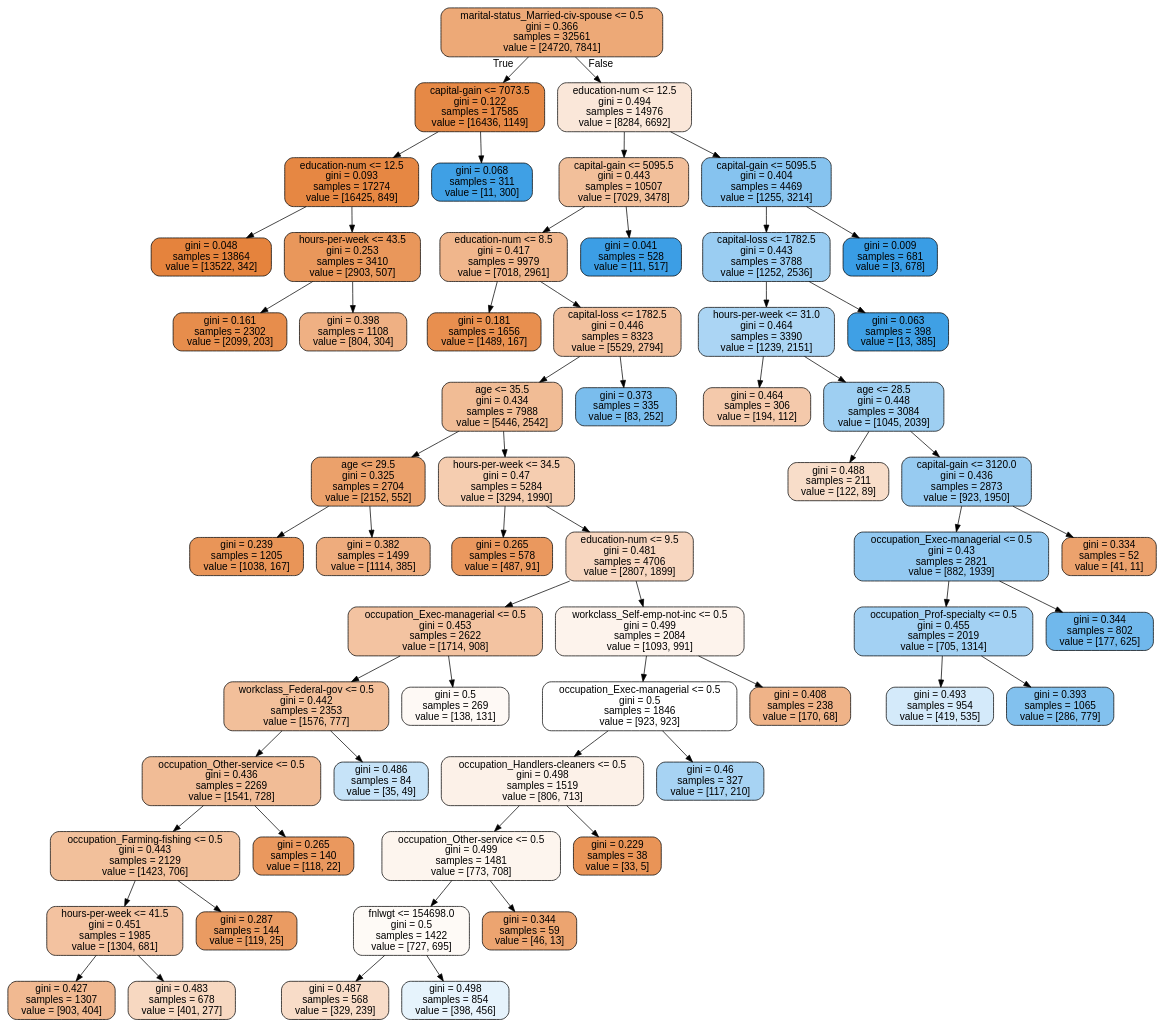
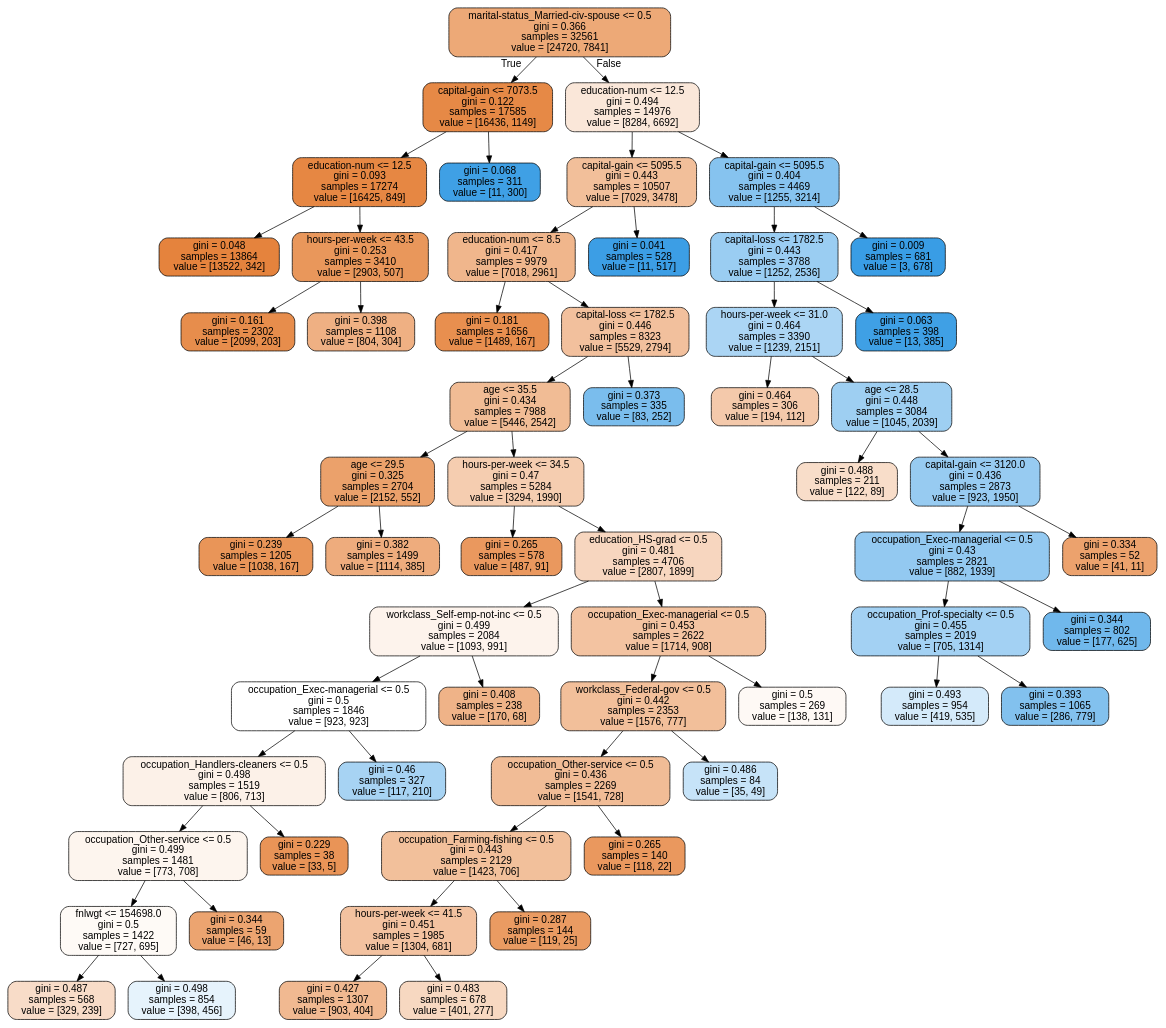
Before and after one commit to dsjmhjs/gatech-ml: the diagram in assignment1/tree1.dot, drawn with Graphviz. The commit also changed 28 other files, not shown here.

```diff
--- a/assignment1/tree1.dot
+++ b/assignment1/tree1.dot
@@ -1,121 +1,121 @@
 digraph Tree {
 node [shape=box, style="filled, rounded", color="black", fontname=helvetica] ;
 edge [fontname=helvetica] ;
 0 [label="marital-status_Married-civ-spouse <= 0.5\ngini = 0.366\nsamples = 32561\nvalue = [24720, 7841]", fillcolor="#e58139ae"] ;
 1 [label="capital-gain <= 7073.5\ngini = 0.122\nsamples = 17585\nvalue = [16436, 1149]", fillcolor="#e58139ed"] ;
 0 -> 1 [labeldistance=2.5, labelangle=45, headlabel="True"] ;
 2 [label="education-num <= 12.5\ngini = 0.093\nsamples = 17274\nvalue = [16425, 849]", fillcolor="#e58139f2"] ;
 1 -> 2 ;
 3 [label="gini = 0.048\nsamples = 13864\nvalue = [13522, 342]", fillcolor="#e58139f9"] ;
 2 -> 3 ;
-1128 [label="hours-per-week <= 43.5\ngini = 0.253\nsamples = 3410\nvalue = [2903, 507]", fillcolor="#e58139d2"] ;
-2 -> 1128 ;
-1129 [label="gini = 0.161\nsamples = 2302\nvalue = [2099, 203]", fillcolor="#e58139e6"] ;
-1128 -> 1129 ;
-1636 [label="gini = 0.398\nsamples = 1108\nvalue = [804, 304]", fillcolor="#e581399f"] ;
-1128 -> 1636 ;
-2157 [label="gini = 0.068\nsamples = 311\nvalue = [11, 300]", fillcolor="#399de5f6"] ;
-1 -> 2157 ;
-2176 [label="education-num <= 12.5\ngini = 0.494\nsamples = 14976\nvalue = [8284, 6692]", fillcolor="#e5813931"] ;
-0 -> 2176 [labeldistance=2.5, labelangle=-45, headlabel="False"] ;
-2177 [label="capital-gain <= 5095.5\ngini = 0.443\nsamples = 10507\nvalue = [7029, 3478]", fillcolor="#e5813981"] ;
-2176 -> 2177 ;
-2178 [label="education-num <= 8.5\ngini = 0.417\nsamples = 9979\nvalue = [7018, 2961]", fillcolor="#e5813993"] ;
-2177 -> 2178 ;
-2179 [label="gini = 0.181\nsamples = 1656\nvalue = [1489, 167]", fillcolor="#e58139e2"] ;
-2178 -> 2179 ;
-2642 [label="capital-loss <= 1782.5\ngini = 0.446\nsamples = 8323\nvalue = [5529, 2794]", fillcolor="#e581397e"] ;
-2178 -> 2642 ;
-2643 [label="age <= 35.5\ngini = 0.434\nsamples = 7988\nvalue = [5446, 2542]", fillcolor="#e5813988"] ;
-2642 -> 2643 ;
-2644 [label="age <= 29.5\ngini = 0.325\nsamples = 2704\nvalue = [2152, 552]", fillcolor="#e58139be"] ;
-2643 -> 2644 ;
-2645 [label="gini = 0.239\nsamples = 1205\nvalue = [1038, 167]", fillcolor="#e58139d6"] ;
-2644 -> 2645 ;
-3094 [label="gini = 0.382\nsamples = 1499\nvalue = [1114, 385]", fillcolor="#e58139a7"] ;
-2644 -> 3094 ;
-3929 [label="hours-per-week <= 34.5\ngini = 0.47\nsamples = 5284\nvalue = [3294, 1990]", fillcolor="#e5813965"] ;
-2643 -> 3929 ;
-3930 [label="gini = 0.265\nsamples = 578\nvalue = [487, 91]", fillcolor="#e58139cf"] ;
-3929 -> 3930 ;
-4157 [label="education-num <= 9.5\ngini = 0.481\nsamples = 4706\nvalue = [2807, 1899]", fillcolor="#e5813952"] ;
-3929 -> 4157 ;
-4158 [label="occupation_Exec-managerial <= 0.5\ngini = 0.453\nsamples = 2622\nvalue = [1714, 908]", fillcolor="#e5813978"] ;
-4157 -> 4158 ;
-4159 [label="workclass_Federal-gov <= 0.5\ngini = 0.442\nsamples = 2353\nvalue = [1576, 777]", fillcolor="#e5813981"] ;
-4158 -> 4159 ;
-4160 [label="occupation_Other-service <= 0.5\ngini = 0.436\nsamples = 2269\nvalue = [1541, 728]", fillcolor="#e5813987"] ;
-4159 -> 4160 ;
-4161 [label="occupation_Farming-fishing <= 0.5\ngini = 0.443\nsamples = 2129\nvalue = [1423, 706]", fillcolor="#e5813980"] ;
-4160 -> 4161 ;
-4162 [label="hours-per-week <= 41.5\ngini = 0.451\nsamples = 1985\nvalue = [1304, 681]", fillcolor="#e581397a"] ;
-4161 -> 4162 ;
-4163 [label="gini = 0.427\nsamples = 1307\nvalue = [903, 404]", fillcolor="#e581398d"] ;
-4162 -> 4163 ;
-5004 [label="gini = 0.483\nsamples = 678\nvalue = [401, 277]", fillcolor="#e581394f"] ;
-4162 -> 5004 ;
-5467 [label="gini = 0.287\nsamples = 144\nvalue = [119, 25]", fillcolor="#e58139c9"] ;
-4161 -> 5467 ;
-5538 [label="gini = 0.265\nsamples = 140\nvalue = [118, 22]", fillcolor="#e58139cf"] ;
-4160 -> 5538 ;
-5617 [label="gini = 0.486\nsamples = 84\nvalue = [35, 49]", fillcolor="#399de549"] ;
-4159 -> 5617 ;
-5680 [label="gini = 0.5\nsamples = 269\nvalue = [138, 131]", fillcolor="#e581390d"] ;
-4158 -> 5680 ;
-5879 [label="workclass_Self-emp-not-inc <= 0.5\ngini = 0.499\nsamples = 2084\nvalue = [1093, 991]", fillcolor="#e5813918"] ;
-4157 -> 5879 ;
-5880 [label="occupation_Exec-managerial <= 0.5\ngini = 0.5\nsamples = 1846\nvalue = [923, 923]", fillcolor="#e5813900"] ;
-5879 -> 5880 ;
-5881 [label="occupation_Handlers-cleaners <= 0.5\ngini = 0.498\nsamples = 1519\nvalue = [806, 713]", fillcolor="#e581391d"] ;
-5880 -> 5881 ;
-5882 [label="occupation_Other-service <= 0.5\ngini = 0.499\nsamples = 1481\nvalue = [773, 708]", fillcolor="#e5813915"] ;
-5881 -> 5882 ;
-5883 [label="fnlwgt <= 154698.0\ngini = 0.5\nsamples = 1422\nvalue = [727, 695]", fillcolor="#e581390b"] ;
-5882 -> 5883 ;
-5884 [label="gini = 0.487\nsamples = 568\nvalue = [329, 239]", fillcolor="#e5813946"] ;
-5883 -> 5884 ;
-6241 [label="gini = 0.498\nsamples = 854\nvalue = [398, 456]", fillcolor="#399de520"] ;
-5883 -> 6241 ;
-6816 [label="gini = 0.344\nsamples = 59\nvalue = [46, 13]", fillcolor="#e58139b7"] ;
-5882 -> 6816 ;
-6849 [label="gini = 0.229\nsamples = 38\nvalue = [33, 5]", fillcolor="#e58139d8"] ;
-5881 -> 6849 ;
-6866 [label="gini = 0.46\nsamples = 327\nvalue = [117, 210]", fillcolor="#399de571"] ;
-5880 -> 6866 ;
-7085 [label="gini = 0.408\nsamples = 238\nvalue = [170, 68]", fillcolor="#e5813999"] ;
-5879 -> 7085 ;
-7206 [label="gini = 0.373\nsamples = 335\nvalue = [83, 252]", fillcolor="#399de5ab"] ;
-2642 -> 7206 ;
-7265 [label="gini = 0.041\nsamples = 528\nvalue = [11, 517]", fillcolor="#399de5fa"] ;
-2177 -> 7265 ;
-7286 [label="capital-gain <= 5095.5\ngini = 0.404\nsamples = 4469\nvalue = [1255, 3214]", fillcolor="#399de59b"] ;
-2176 -> 7286 ;
-7287 [label="capital-loss <= 1782.5\ngini = 0.443\nsamples = 3788\nvalue = [1252, 2536]", fillcolor="#399de581"] ;
-7286 -> 7287 ;
-7288 [label="hours-per-week <= 31.0\ngini = 0.464\nsamples = 3390\nvalue = [1239, 2151]", fillcolor="#399de56c"] ;
-7287 -> 7288 ;
-7289 [label="gini = 0.464\nsamples = 306\nvalue = [194, 112]", fillcolor="#e581396c"] ;
-7288 -> 7289 ;
-7452 [label="age <= 28.5\ngini = 0.448\nsamples = 3084\nvalue = [1045, 2039]", fillcolor="#399de57c"] ;
-7288 -> 7452 ;
-7453 [label="gini = 0.488\nsamples = 211\nvalue = [122, 89]", fillcolor="#e5813945"] ;
-7452 -> 7453 ;
-7584 [label="capital-gain <= 3120.0\ngini = 0.436\nsamples = 2873\nvalue = [923, 1950]", fillcolor="#399de586"] ;
-7452 -> 7584 ;
-7585 [label="occupation_Exec-managerial <= 0.5\ngini = 0.43\nsamples = 2821\nvalue = [882, 1939]", fillcolor="#399de58b"] ;
-7584 -> 7585 ;
-7586 [label="occupation_Prof-specialty <= 0.5\ngini = 0.455\nsamples = 2019\nvalue = [705, 1314]", fillcolor="#399de576"] ;
-7585 -> 7586 ;
-7587 [label="gini = 0.493\nsamples = 954\nvalue = [419, 535]", fillcolor="#399de537"] ;
-7586 -> 7587 ;
-8208 [label="gini = 0.393\nsamples = 1065\nvalue = [286, 779]", fillcolor="#399de5a1"] ;
-7586 -> 8208 ;
-8823 [label="gini = 0.344\nsamples = 802\nvalue = [177, 625]", fillcolor="#399de5b7"] ;
-7585 -> 8823 ;
-9248 [label="gini = 0.334\nsamples = 52\nvalue = [41, 11]", fillcolor="#e58139bb"] ;
-7584 -> 9248 ;
-9257 [label="gini = 0.063\nsamples = 398\nvalue = [13, 385]", fillcolor="#399de5f6"] ;
-7287 -> 9257 ;
-9280 [label="gini = 0.009\nsamples = 681\nvalue = [3, 678]", fillcolor="#399de5fe"] ;
-7286 -> 9280 ;
+1132 [label="hours-per-week <= 43.5\ngini = 0.253\nsamples = 3410\nvalue = [2903, 507]", fillcolor="#e58139d2"] ;
+2 -> 1132 ;
+1133 [label="gini = 0.161\nsamples = 2302\nvalue = [2099, 203]", fillcolor="#e58139e6"] ;
+1132 -> 1133 ;
+1638 [label="gini = 0.398\nsamples = 1108\nvalue = [804, 304]", fillcolor="#e581399f"] ;
+1132 -> 1638 ;
+2165 [label="gini = 0.068\nsamples = 311\nvalue = [11, 300]", fillcolor="#399de5f6"] ;
+1 -> 2165 ;
+2184 [label="education-num <= 12.5\ngini = 0.494\nsamples = 14976\nvalue = [8284, 6692]", fillcolor="#e5813931"] ;
+0 -> 2184 [labeldistance=2.5, labelangle=-45, headlabel="False"] ;
+2185 [label="capital-gain <= 5095.5\ngini = 0.443\nsamples = 10507\nvalue = [7029, 3478]", fillcolor="#e5813981"] ;
+2184 -> 2185 ;
+2186 [label="education-num <= 8.5\ngini = 0.417\nsamples = 9979\nvalue = [7018, 2961]", fillcolor="#e5813993"] ;
+2185 -> 2186 ;
+2187 [label="gini = 0.181\nsamples = 1656\nvalue = [1489, 167]", fillcolor="#e58139e2"] ;
+2186 -> 2187 ;
+2658 [label="capital-loss <= 1782.5\ngini = 0.446\nsamples = 8323\nvalue = [5529, 2794]", fillcolor="#e581397e"] ;
+2186 -> 2658 ;
+2659 [label="age <= 35.5\ngini = 0.434\nsamples = 7988\nvalue = [5446, 2542]", fillcolor="#e5813988"] ;
+2658 -> 2659 ;
+2660 [label="age <= 29.5\ngini = 0.325\nsamples = 2704\nvalue = [2152, 552]", fillcolor="#e58139be"] ;
+2659 -> 2660 ;
+2661 [label="gini = 0.239\nsamples = 1205\nvalue = [1038, 167]", fillcolor="#e58139d6"] ;
+2660 -> 2661 ;
+3112 [label="gini = 0.382\nsamples = 1499\nvalue = [1114, 385]", fillcolor="#e58139a7"] ;
+2660 -> 3112 ;
+3949 [label="hours-per-week <= 34.5\ngini = 0.47\nsamples = 5284\nvalue = [3294, 1990]", fillcolor="#e5813965"] ;
+2659 -> 3949 ;
+3950 [label="gini = 0.265\nsamples = 578\nvalue = [487, 91]", fillcolor="#e58139cf"] ;
+3949 -> 3950 ;
+4177 [label="education_HS-grad <= 0.5\ngini = 0.481\nsamples = 4706\nvalue = [2807, 1899]", fillcolor="#e5813952"] ;
+3949 -> 4177 ;
+4178 [label="workclass_Self-emp-not-inc <= 0.5\ngini = 0.499\nsamples = 2084\nvalue = [1093, 991]", fillcolor="#e5813918"] ;
+4177 -> 4178 ;
+4179 [label="occupation_Exec-managerial <= 0.5\ngini = 0.5\nsamples = 1846\nvalue = [923, 923]", fillcolor="#e5813900"] ;
+4178 -> 4179 ;
+4180 [label="occupation_Handlers-cleaners <= 0.5\ngini = 0.498\nsamples = 1519\nvalue = [806, 713]", fillcolor="#e581391d"] ;
+4179 -> 4180 ;
+4181 [label="occupation_Other-service <= 0.5\ngini = 0.499\nsamples = 1481\nvalue = [773, 708]", fillcolor="#e5813915"] ;
+4180 -> 4181 ;
+4182 [label="fnlwgt <= 154698.0\ngini = 0.5\nsamples = 1422\nvalue = [727, 695]", fillcolor="#e581390b"] ;
+4181 -> 4182 ;
+4183 [label="gini = 0.487\nsamples = 568\nvalue = [329, 239]", fillcolor="#e5813946"] ;
+4182 -> 4183 ;
+4534 [label="gini = 0.498\nsamples = 854\nvalue = [398, 456]", fillcolor="#399de520"] ;
+4182 -> 4534 ;
+5107 [label="gini = 0.344\nsamples = 59\nvalue = [46, 13]", fillcolor="#e58139b7"] ;
+4181 -> 5107 ;
+5140 [label="gini = 0.229\nsamples = 38\nvalue = [33, 5]", fillcolor="#e58139d8"] ;
+4180 -> 5140 ;
+5157 [label="gini = 0.46\nsamples = 327\nvalue = [117, 210]", fillcolor="#399de571"] ;
+4179 -> 5157 ;
+5378 [label="gini = 0.408\nsamples = 238\nvalue = [170, 68]", fillcolor="#e5813999"] ;
+4178 -> 5378 ;
+5499 [label="occupation_Exec-managerial <= 0.5\ngini = 0.453\nsamples = 2622\nvalue = [1714, 908]", fillcolor="#e5813978"] ;
+4177 -> 5499 ;
+5500 [label="workclass_Federal-gov <= 0.5\ngini = 0.442\nsamples = 2353\nvalue = [1576, 777]", fillcolor="#e5813981"] ;
+5499 -> 5500 ;
+5501 [label="occupation_Other-service <= 0.5\ngini = 0.436\nsamples = 2269\nvalue = [1541, 728]", fillcolor="#e5813987"] ;
+5500 -> 5501 ;
+5502 [label="occupation_Farming-fishing <= 0.5\ngini = 0.443\nsamples = 2129\nvalue = [1423, 706]", fillcolor="#e5813980"] ;
+5501 -> 5502 ;
+5503 [label="hours-per-week <= 41.5\ngini = 0.451\nsamples = 1985\nvalue = [1304, 681]", fillcolor="#e581397a"] ;
+5502 -> 5503 ;
+5504 [label="gini = 0.427\nsamples = 1307\nvalue = [903, 404]", fillcolor="#e581398d"] ;
+5503 -> 5504 ;
+6343 [label="gini = 0.483\nsamples = 678\nvalue = [401, 277]", fillcolor="#e581394f"] ;
+5503 -> 6343 ;
+6814 [label="gini = 0.287\nsamples = 144\nvalue = [119, 25]", fillcolor="#e58139c9"] ;
+5502 -> 6814 ;
+6883 [label="gini = 0.265\nsamples = 140\nvalue = [118, 22]", fillcolor="#e58139cf"] ;
+5501 -> 6883 ;
+6962 [label="gini = 0.486\nsamples = 84\nvalue = [35, 49]", fillcolor="#399de549"] ;
+5500 -> 6962 ;
+7027 [label="gini = 0.5\nsamples = 269\nvalue = [138, 131]", fillcolor="#e581390d"] ;
+5499 -> 7027 ;
+7226 [label="gini = 0.373\nsamples = 335\nvalue = [83, 252]", fillcolor="#399de5ab"] ;
+2658 -> 7226 ;
+7285 [label="gini = 0.041\nsamples = 528\nvalue = [11, 517]", fillcolor="#399de5fa"] ;
+2185 -> 7285 ;
+7306 [label="capital-gain <= 5095.5\ngini = 0.404\nsamples = 4469\nvalue = [1255, 3214]", fillcolor="#399de59b"] ;
+2184 -> 7306 ;
+7307 [label="capital-loss <= 1782.5\ngini = 0.443\nsamples = 3788\nvalue = [1252, 2536]", fillcolor="#399de581"] ;
+7306 -> 7307 ;
+7308 [label="hours-per-week <= 31.0\ngini = 0.464\nsamples = 3390\nvalue = [1239, 2151]", fillcolor="#399de56c"] ;
+7307 -> 7308 ;
+7309 [label="gini = 0.464\nsamples = 306\nvalue = [194, 112]", fillcolor="#e581396c"] ;
+7308 -> 7309 ;
+7476 [label="age <= 28.5\ngini = 0.448\nsamples = 3084\nvalue = [1045, 2039]", fillcolor="#399de57c"] ;
+7308 -> 7476 ;
+7477 [label="gini = 0.488\nsamples = 211\nvalue = [122, 89]", fillcolor="#e5813945"] ;
+7476 -> 7477 ;
+7608 [label="capital-gain <= 3120.0\ngini = 0.436\nsamples = 2873\nvalue = [923, 1950]", fillcolor="#399de586"] ;
+7476 -> 7608 ;
+7609 [label="occupation_Exec-managerial <= 0.5\ngini = 0.43\nsamples = 2821\nvalue = [882, 1939]", fillcolor="#399de58b"] ;
+7608 -> 7609 ;
+7610 [label="occupation_Prof-specialty <= 0.5\ngini = 0.455\nsamples = 2019\nvalue = [705, 1314]", fillcolor="#399de576"] ;
+7609 -> 7610 ;
+7611 [label="gini = 0.493\nsamples = 954\nvalue = [419, 535]", fillcolor="#399de537"] ;
+7610 -> 7611 ;
+8226 [label="gini = 0.393\nsamples = 1065\nvalue = [286, 779]", fillcolor="#399de5a1"] ;
+7610 -> 8226 ;
+8845 [label="gini = 0.344\nsamples = 802\nvalue = [177, 625]", fillcolor="#399de5b7"] ;
+7609 -> 8845 ;
+9270 [label="gini = 0.334\nsamples = 52\nvalue = [41, 11]", fillcolor="#e58139bb"] ;
+7608 -> 9270 ;
+9279 [label="gini = 0.063\nsamples = 398\nvalue = [13, 385]", fillcolor="#399de5f6"] ;
+7307 -> 9279 ;
+9302 [label="gini = 0.009\nsamples = 681\nvalue = [3, 678]", fillcolor="#399de5fe"] ;
+7306 -> 9302 ;
 }
```
